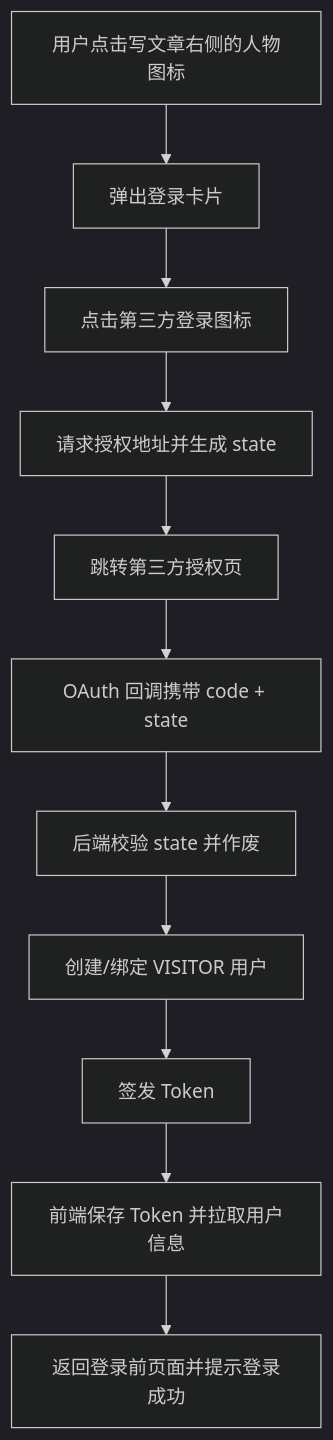
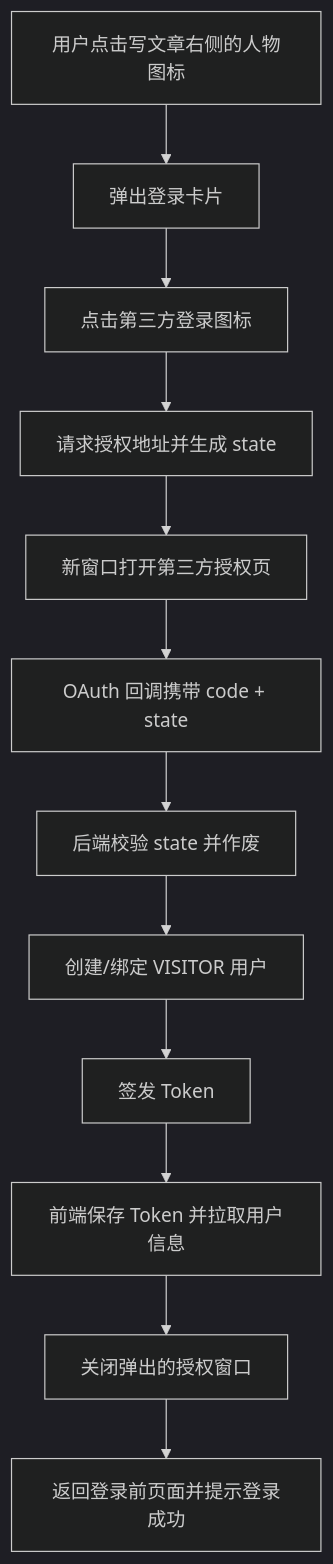
The first of 3 diagrams in V3.0/详细设计/用户认证与权限校验.md (SakuraShiinaMashiro/PersonalBlog-doc), drawn with Mermaid (dark theme) before and after one commit. The commit also changed other lines of this file, not shown here.

````diff
--- a/V3.0/详细设计/用户认证与权限校验.md
+++ b/V3.0/详细设计/用户认证与权限校验.md
@@ -426,13 +428,14 @@
 ```mermaid
 flowchart TD
     A[用户点击写文章右侧的人物图标] --> B[弹出登录卡片]
     B --> C[点击第三方登录图标]
     C --> D[请求授权地址并生成 state]
-    D --> E[跳转第三方授权页]
+    D --> E[新窗口打开第三方授权页]
     E --> F[OAuth 回调携带 code + state]
     F --> G[后端校验 state 并作废]
     G --> H[创建/绑定 VISITOR 用户]
     H --> I[签发 Token]
     I --> J[前端保存 Token 并拉取用户信息]
-    J --> K[返回登录前页面并提示登录成功]
+    J --> K[关闭弹出的授权窗口]
+    K --> L[返回登录前页面并提示登录成功]
 ```
````
